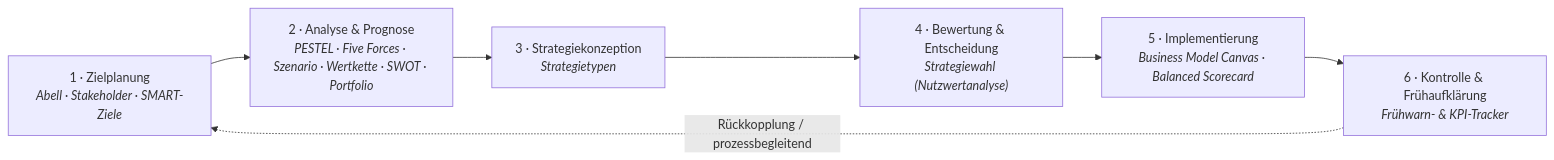
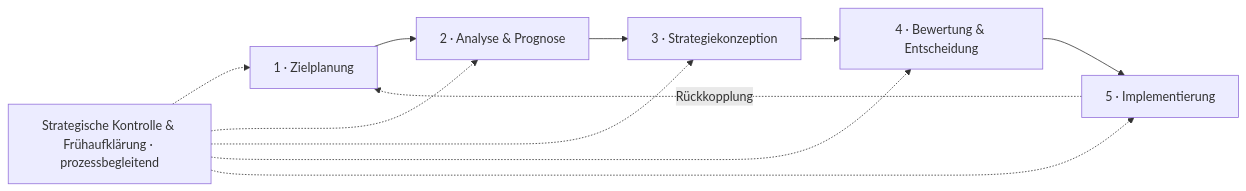
One commit to I-Fichtner-I/Strategisches-Management changed the diagram in README.md. Above: the diagram before and after it, drawn with Mermaid. The commit also changed other lines of this file and 3 other files, not shown here.

````diff
--- a/README.md
+++ b/README.md
@@ -16,11 +16,6 @@
 ```mermaid
 flowchart LR
-    P1["1 · Zielplanung<br/><i>Abell · Stakeholder · SMART-Ziele</i>"]
-    P2["2 · Analyse &amp; Prognose<br/><i>PESTEL · Five Forces · Szenario · Wertkette · SWOT · Portfolio</i>"]
-    P3["3 · Strategiekonzeption<br/><i>Strategietypen</i>"]
-    P4["4 · Bewertung &amp; Entscheidung<br/><i>Strategiewahl (Nutzwertanalyse)</i>"]
-    P5["5 · Implementierung<br/><i>Business Model Canvas · Balanced Scorecard</i>"]
-    P6["6 · Kontrolle &amp; Frühaufklärung<br/><i>Frühwarn- &amp; KPI-Tracker</i>"]
-    P1 --> P2 --> P3 --> P4 --> P5 --> P6
-    P6 -. "Rückkopplung / prozessbegleitend" .-> P1
+    P1["1 · Zielplanung"] --> P2["2 · Analyse & Prognose"] --> P3["3 · Strategiekonzeption"] --> P4["4 · Bewertung & Entscheidung"] --> P5["5 · Implementierung"]
+    P5 -.->|Rückkopplung| P1
+    K["Strategische Kontrolle & Frühaufklärung · prozessbegleitend"] -.-> P1 & P2 & P3 & P4 & P5
 ```
````
